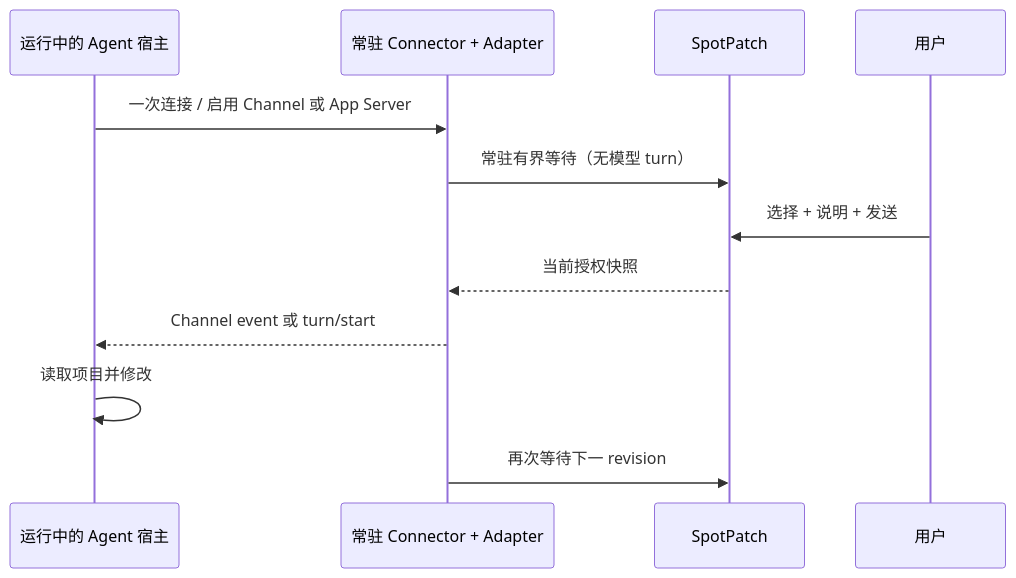
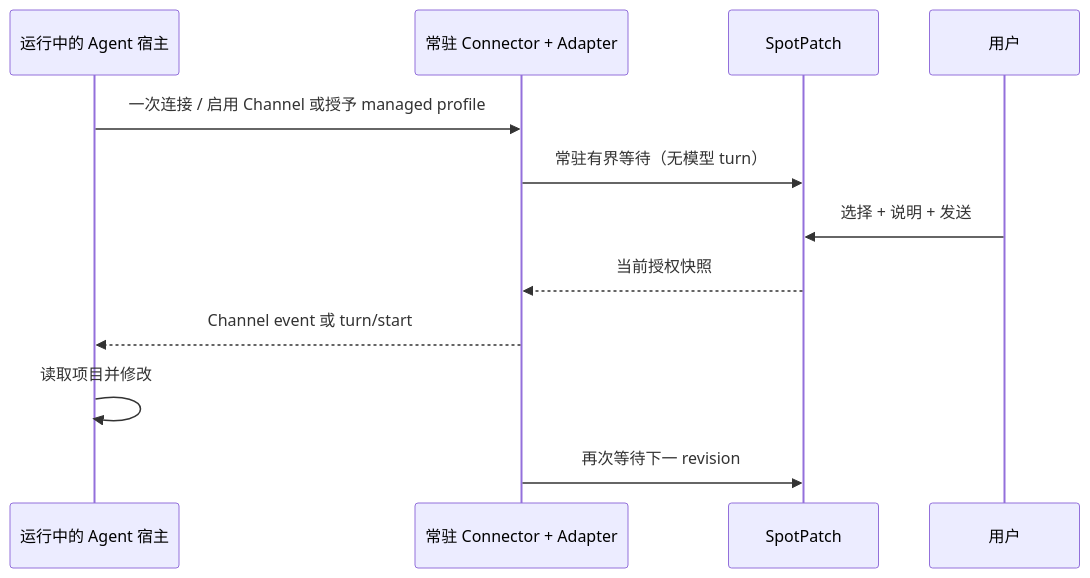
Before and after one commit to huanglvjing/spotpatch: the diagram in docs/技术方案/外部Agent连接/01-需求与产品语义.md, drawn with Mermaid. The commit also changed other lines of this file and 71 other files, not shown here.

````diff
--- a/docs/技术方案/外部Agent连接/01-需求与产品语义.md
+++ b/docs/技术方案/外部Agent连接/01-需求与产品语义.md
@@ -50,14 +51,14 @@
 ```mermaid
 sequenceDiagram
   participant A as 运行中的 Agent 宿主
   participant C as 常驻 Connector + Adapter
   participant S as SpotPatch
   participant U as 用户
-  A->>C: 一次连接 / 启用 Channel 或 App Server
+  A->>C: 一次连接 / 启用 Channel 或授予 managed profile
   C->>S: 常驻有界等待（无模型 turn）
   U->>S: 选择 + 说明 + 发送
   S-->>C: 当前授权快照
   C-->>A: Channel event 或 turn/start
   A->>A: 读取项目并修改
   C->>S: 再次等待下一 revision
 ```
````
